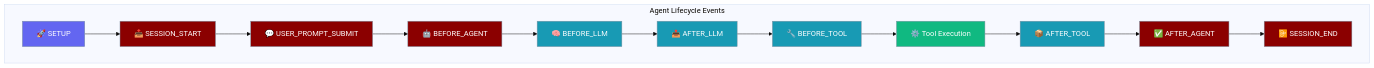
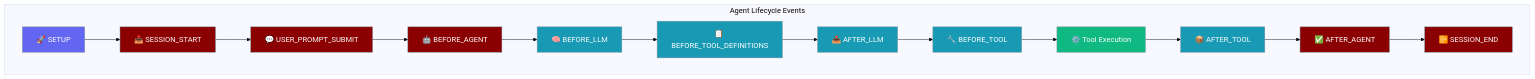
One commit to MervinPraison/PraisonAIDocs changed the diagram in docs/features/hook-events.mdx. Above: the diagram before and after it, drawn with Mermaid (base theme). The commit also changed other lines of this file and 2 other files, not shown here.

First line of the commit message:
docs: document BEFORE_TOOL_DEFINITIONS hook event (fixes #1287)

````diff
--- a/docs/features/hook-events.mdx
+++ b/docs/features/hook-events.mdx
@@ -14,30 +14,31 @@
 ```mermaid
 graph TB
     subgraph "Agent Lifecycle Events"
         A[🚀 SETUP] --> B[📥 SESSION_START]
         B --> C[💬 USER_PROMPT_SUBMIT]
         C --> D[🤖 BEFORE_AGENT]
         D --> E[🧠 BEFORE_LLM]
-        E --> F[📤 AFTER_LLM]
-        F --> G[🔧 BEFORE_TOOL]
-        G --> H[⚙️ Tool Execution]
-        H --> I[📦 AFTER_TOOL]
-        I --> J[✅ AFTER_AGENT]
-        J --> K[📴 SESSION_END]
+        E --> F[📋 BEFORE_TOOL_DEFINITIONS]
+        F --> G[📤 AFTER_LLM]
+        G --> H[🔧 BEFORE_TOOL]
+        H --> I[⚙️ Tool Execution]
+        I --> J[📦 AFTER_TOOL]
+        J --> K[✅ AFTER_AGENT]
+        K --> L[📴 SESSION_END]
     end
     
     classDef setup fill:#6366F1,stroke:#7C90A0,color:#fff
     classDef session fill:#8B0000,stroke:#7C90A0,color:#fff
     classDef agent fill:#F59E0B,stroke:#7C90A0,color:#fff
     classDef tool fill:#189AB4,stroke:#7C90A0,color:#fff
     classDef result fill:#10B981,stroke:#7C90A0,color:#fff
     
     class A setup
-    class B,K session
-    class C,D,J agent
-    class E,F,G,I tool
-    class H result
+    class B,L session
+    class C,D,K agent
+    class E,F,G,H,J tool
+    class I result
 
     classDef agent fill:#8B0000,color:#fff
     classDef tool fill:#189AB4,color:#fff
 ```
````
